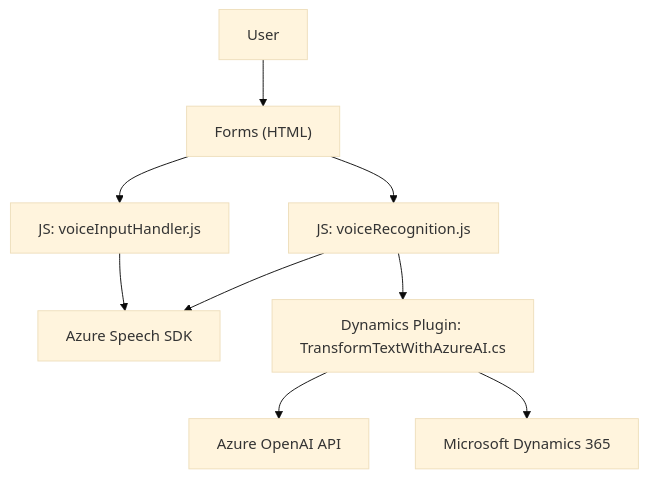
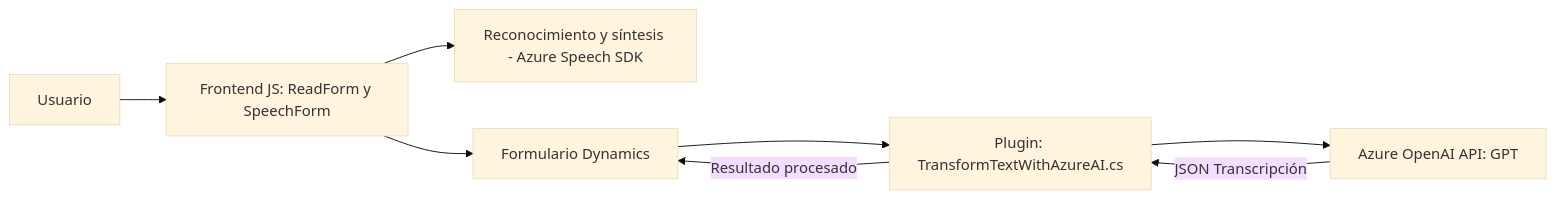
Before and after one commit to blopezdm/NETCORE_BILBAO2025: the diagram in README.md, drawn with Mermaid (base theme). The commit also changed other lines of this file, not shown here.

````diff
--- a/README.md
+++ b/README.md
@@ -46,20 +50,10 @@
 ```mermaid
-graph TD
-  A["User"]
-  B["JS: voiceInputHandler.js"]
-  C["JS: voiceRecognition.js"]
-  D["Dynamics Plugin: TransformTextWithAzureAI.cs"]
-  E["Microsoft Dynamics 365"]
-  F["Azure OpenAI API"]
-  G["Azure Speech SDK"]
-  H["Forms (HTML)"]
-
-  A --> H
-  H --> B
-  B --> G
-  H --> C
-  C --> G
-  C --> D
-  D --> F
-  D --> E
+graph LR
+    A["Usuario"] --> B["Frontend JS: ReadForm y SpeechForm"]
+    B --> C["Reconocimiento y síntesis - Azure Speech SDK"]
+    B --> D["Formulario Dynamics"]
+    D --> E["Plugin: TransformTextWithAzureAI.cs"]
+    E --> F["Azure OpenAI API: GPT"]
+    F --> |JSON Transcripción| E
+    E --> |Resultado procesado| D
 ```
````
